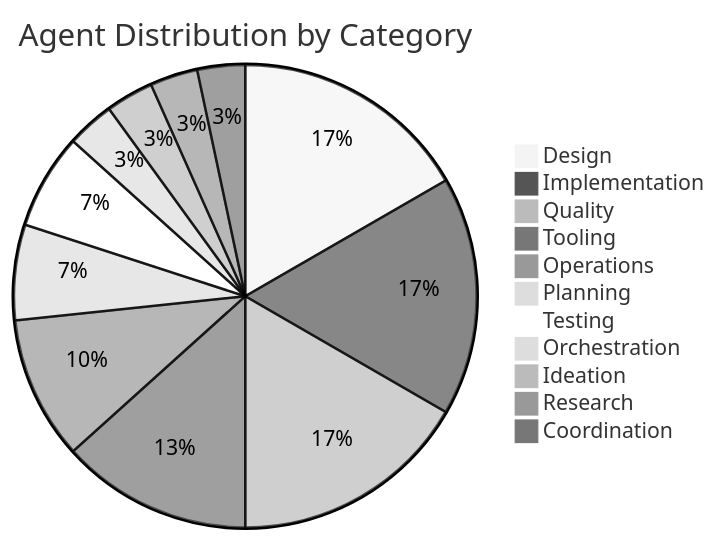
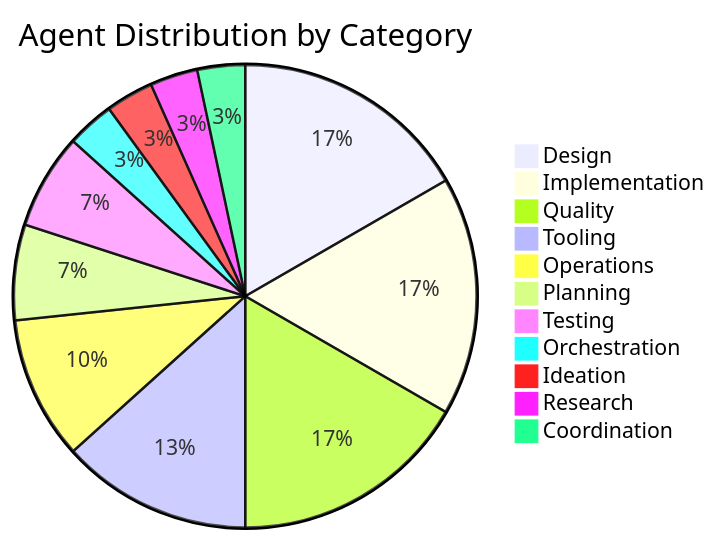
Before and after one commit to veerababumanyam/CodeBot: the first of 3 diagrams in README.md, drawn with Mermaid. The commit also changed other lines of this file, not shown here.

First line of the commit message:
fix(readme): restore Mermaid auto-theming for dark/light mode contrast

````diff
--- a/README.md
+++ b/README.md
@@ -396,15 +396,14 @@
 ```mermaid
-%%{init: {'theme': 'neutral'}}%%
 pie title Agent Distribution by Category
     "Design" : 5
     "Implementation" : 5
     "Quality" : 5
     "Tooling" : 4
     "Operations" : 3
     "Planning" : 2
     "Testing" : 2
     "Orchestration" : 1
     "Ideation" : 1
     "Research" : 1
     "Coordination" : 1
 ```
````
